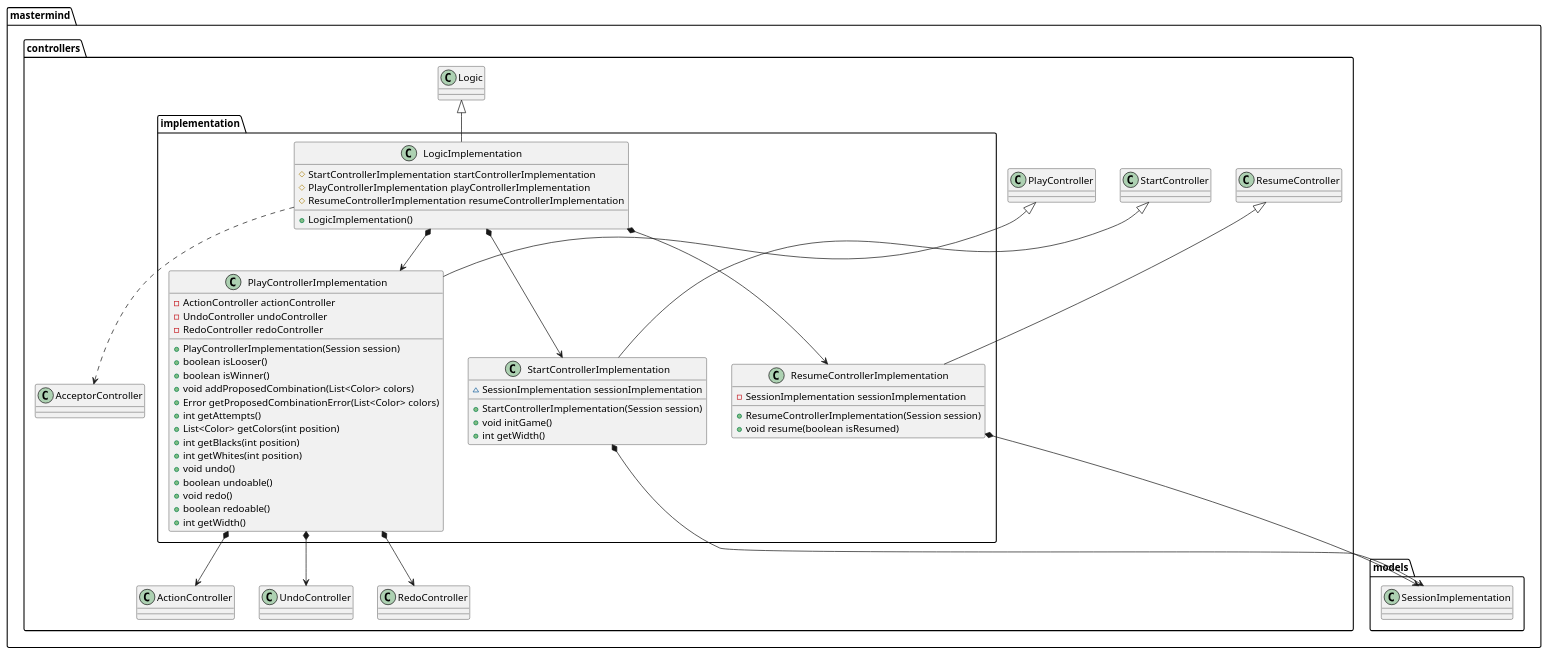
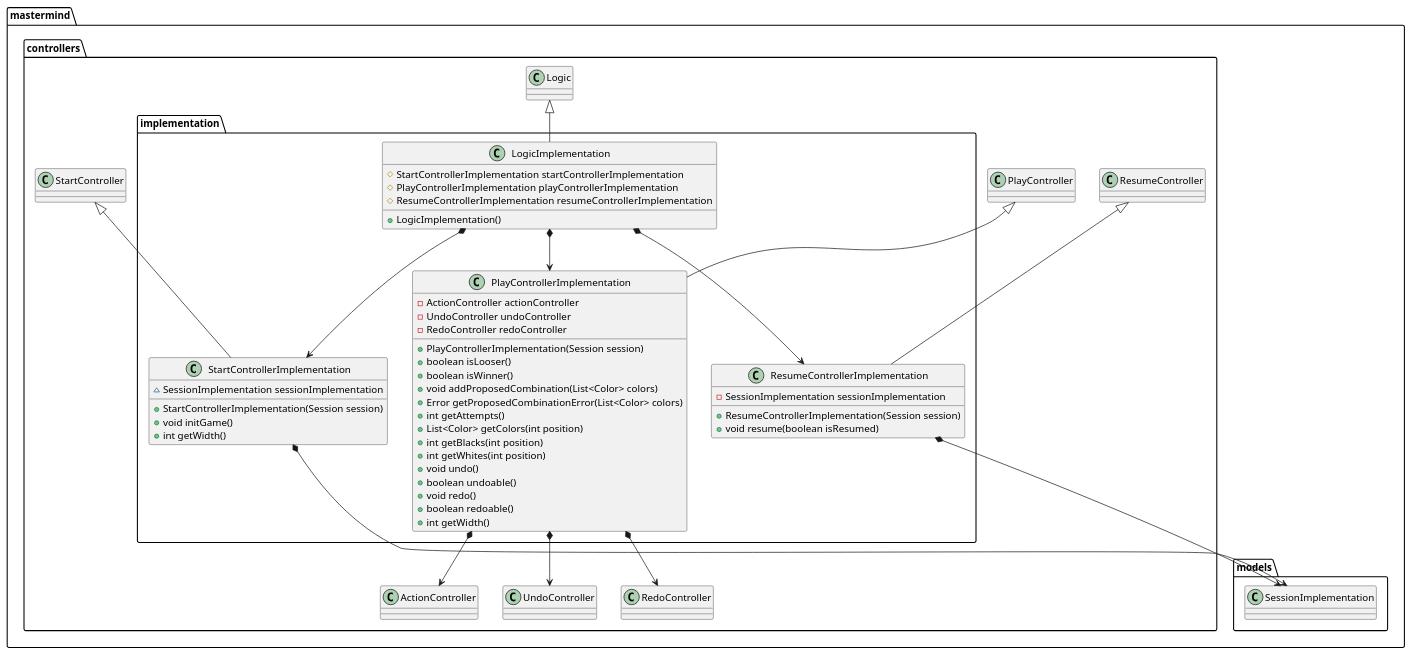
The diagram in docs/sources/paqueteMastermindControllersImplementation.iuml (jprieto92/mastermindClientServer), drawn with PlantUML before and after one commit. The commit also changed 1 other file, not shown here.

Commit message:
Fix mastermind.controllers.implementation package diagram error

```diff
--- a/docs/sources/paqueteMastermindControllersImplementation.iuml
+++ b/docs/sources/paqueteMastermindControllersImplementation.iuml
@@ -1,58 +1,57 @@
 @startuml
 
 class mastermind.controllers.implementation.LogicImplementation [[java:jprieto.mastermind.controllers.implementation.LogicImplementation]] {
 	#StartControllerImplementation startControllerImplementation
 	#PlayControllerImplementation playControllerImplementation
 	#ResumeControllerImplementation resumeControllerImplementation
 	+LogicImplementation()
 }
 mastermind.controllers.Logic <|-- mastermind.controllers.implementation.LogicImplementation
 mastermind.controllers.implementation.LogicImplementation *-down-> mastermind.controllers.implementation.StartControllerImplementation
 mastermind.controllers.implementation.LogicImplementation *-down-> mastermind.controllers.implementation.PlayControllerImplementation
 mastermind.controllers.implementation.LogicImplementation *-down-> mastermind.controllers.implementation.ResumeControllerImplementation
-mastermind.controllers.implementation.LogicImplementation ..> mastermind.controllers.AcceptorController
 
 class mastermind.controllers.implementation.PlayControllerImplementation [[java:jprieto.mastermind.controllers.implementation.PlayControllerImplementation]] {
 	-ActionController actionController
 	-UndoController undoController
 	-RedoController redoController
 	+PlayControllerImplementation(Session session)
 	+boolean isLooser()
 	+boolean isWinner()
 	+void addProposedCombination(List<Color> colors)
 	+Error getProposedCombinationError(List<Color> colors)
 	+int getAttempts()
 	+List<Color> getColors(int position)
 	+int getBlacks(int position)
 	+int getWhites(int position)
 	+void undo()
 	+boolean undoable()
 	+void redo()
 	+boolean redoable()
 	+int getWidth()
 }
 mastermind.controllers.PlayController <|-- mastermind.controllers.implementation.PlayControllerImplementation
 mastermind.controllers.implementation.PlayControllerImplementation *-down-> mastermind.controllers.ActionController
 mastermind.controllers.implementation.PlayControllerImplementation *-down-> mastermind.controllers.UndoController
 mastermind.controllers.implementation.PlayControllerImplementation *-down-> mastermind.controllers.RedoController
 
 class mastermind.controllers.implementation.ResumeControllerImplementation [[java:jprieto.mastermind.controllers.implementation.ResumeControllerImplementation]] {
 	-SessionImplementation sessionImplementation
 	+ResumeControllerImplementation(Session session)
 	+void resume(boolean isResumed)
 }
 mastermind.controllers.ResumeController <|-- mastermind.controllers.implementation.ResumeControllerImplementation
 mastermind.controllers.implementation.ResumeControllerImplementation *-down-> mastermind.models.SessionImplementation
 
 class mastermind.controllers.implementation.StartControllerImplementation [[java:jprieto.mastermind.controllers.implementation.StartControllerImplementation]] {
 	~SessionImplementation sessionImplementation
 	+StartControllerImplementation(Session session)
 	+void initGame()
 	+int getWidth()
 }
 mastermind.controllers.StartController <|-- mastermind.controllers.implementation.StartControllerImplementation
 mastermind.controllers.implementation.StartControllerImplementation *-down-> mastermind.models.SessionImplementation
 
 
 
 @enduml
```
